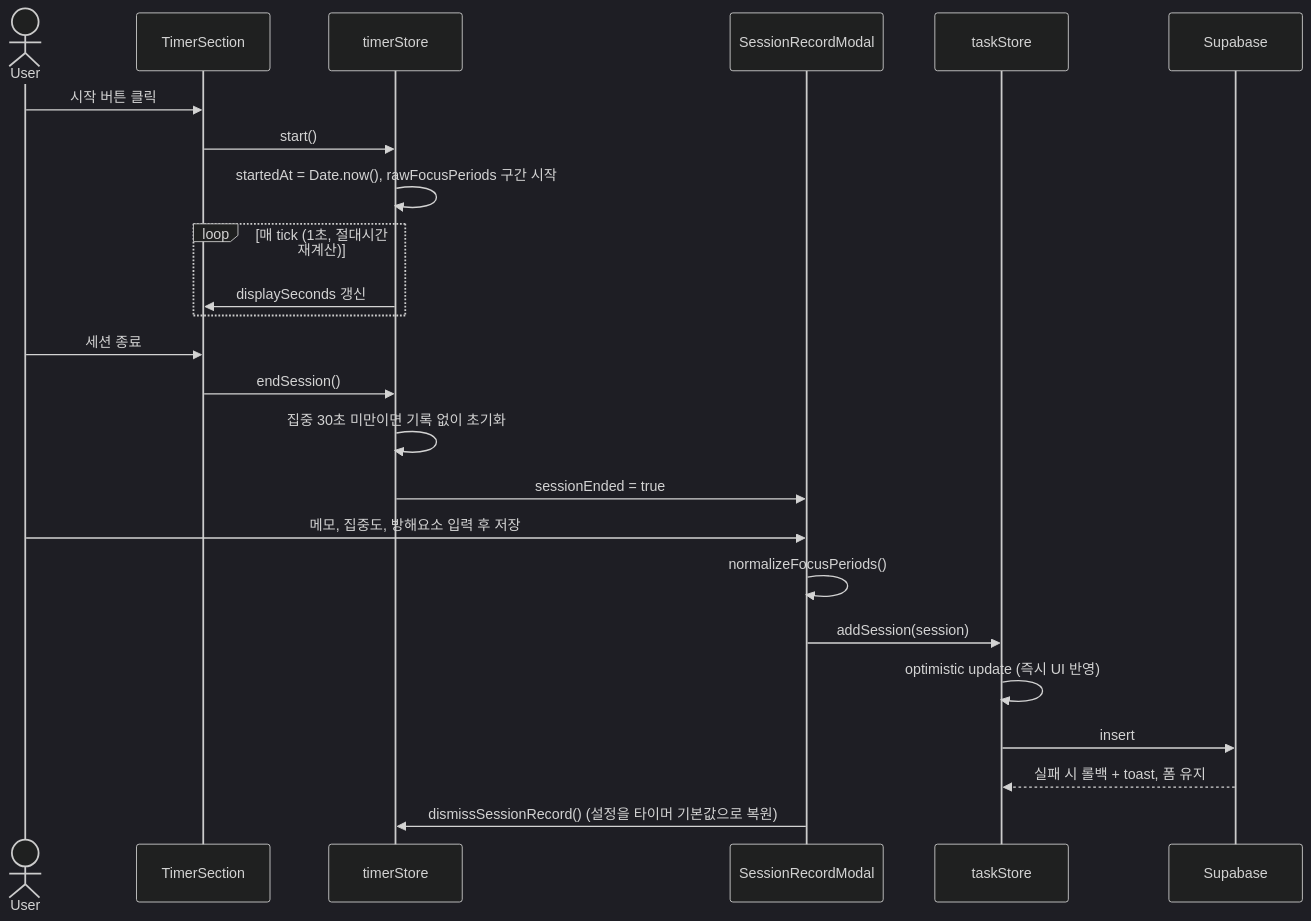
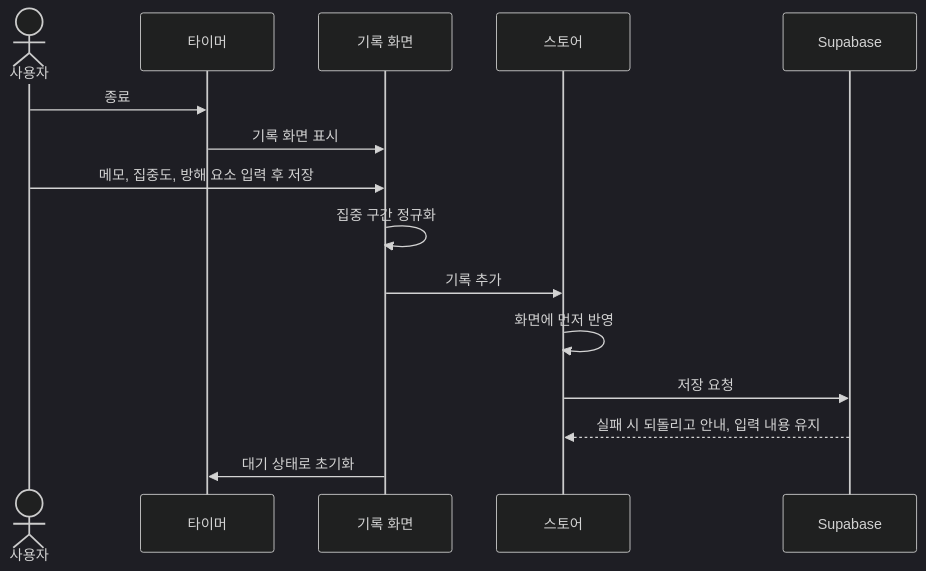
The third of 3 diagrams in docs/specs/architecture-diagram.md (aaaz425/pomodash), drawn with Mermaid (dark theme) before and after one commit. The commit also changed other lines of this file, not shown here.

````diff
--- a/docs/specs/architecture-diagram.md
+++ b/docs/specs/architecture-diagram.md
@@ -97,29 +97,18 @@
 ```mermaid
 sequenceDiagram
-    actor User
-    participant Timer as TimerSection
-    participant Store as timerStore
-    participant Modal as SessionRecordModal
-    participant Task as taskStore
-    participant Supa as Supabase
+    actor User as 사용자
+    participant Timer as 타이머
+    participant Record as 기록 화면
+    participant Store as 스토어
+    participant DB as Supabase
 
-    User->>Timer: 시작 버튼 클릭
-    Timer->>Store: start()
-    Store->>Store: startedAt = Date.now(), rawFocusPeriods 구간 시작
-
-    loop 매 tick (1초, 절대시간 재계산)
-        Store->>Timer: displaySeconds 갱신
-    end
-
-    User->>Timer: 세션 종료
-    Timer->>Store: endSession()
-    Store->>Store: 집중 30초 미만이면 기록 없이 초기화
-    Store->>Modal: sessionEnded = true
-    User->>Modal: 메모, 집중도, 방해요소 입력 후 저장
-    Modal->>Modal: normalizeFocusPeriods()
-    Modal->>Task: addSession(session)
-    Task->>Task: optimistic update (즉시 UI 반영)
-    Task->>Supa: insert
-    Supa-->>Task: 실패 시 롤백 + toast, 폼 유지
-    Modal->>Store: dismissSessionRecord() (설정을 타이머 기본값으로 복원)
+    User->>Timer: 종료
+    Timer->>Record: 기록 화면 표시
+    User->>Record: 메모, 집중도, 방해 요소 입력 후 저장
+    Record->>Record: 집중 구간 정규화
+    Record->>Store: 기록 추가
+    Store->>Store: 화면에 먼저 반영
+    Store->>DB: 저장 요청
+    DB-->>Store: 실패 시 되돌리고 안내, 입력 내용 유지
+    Record->>Timer: 대기 상태로 초기화
 ```
````
